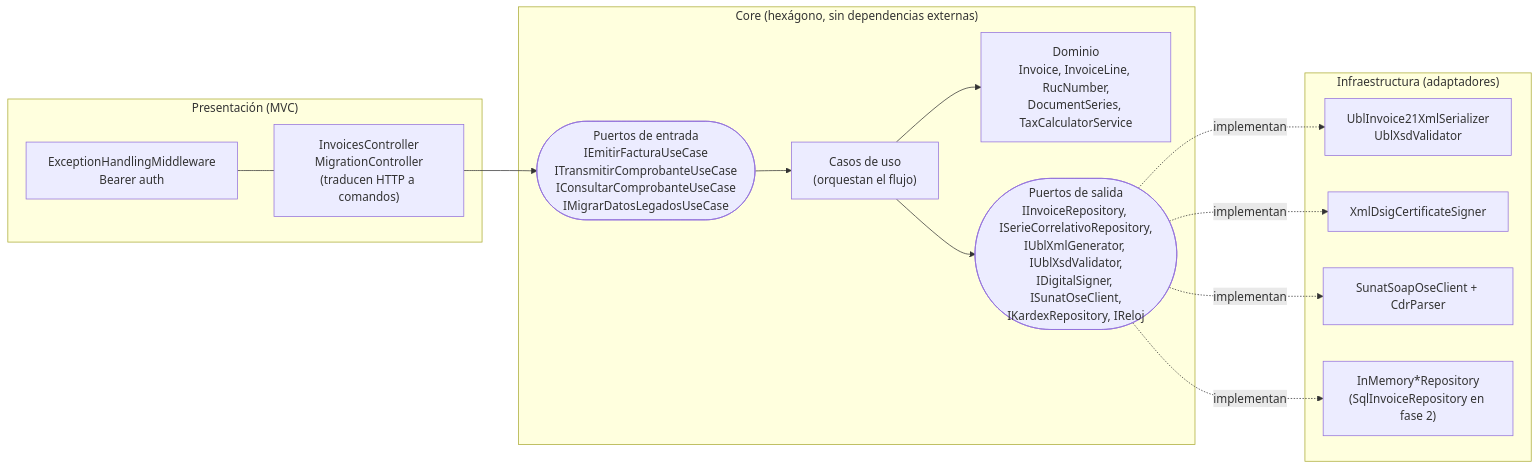
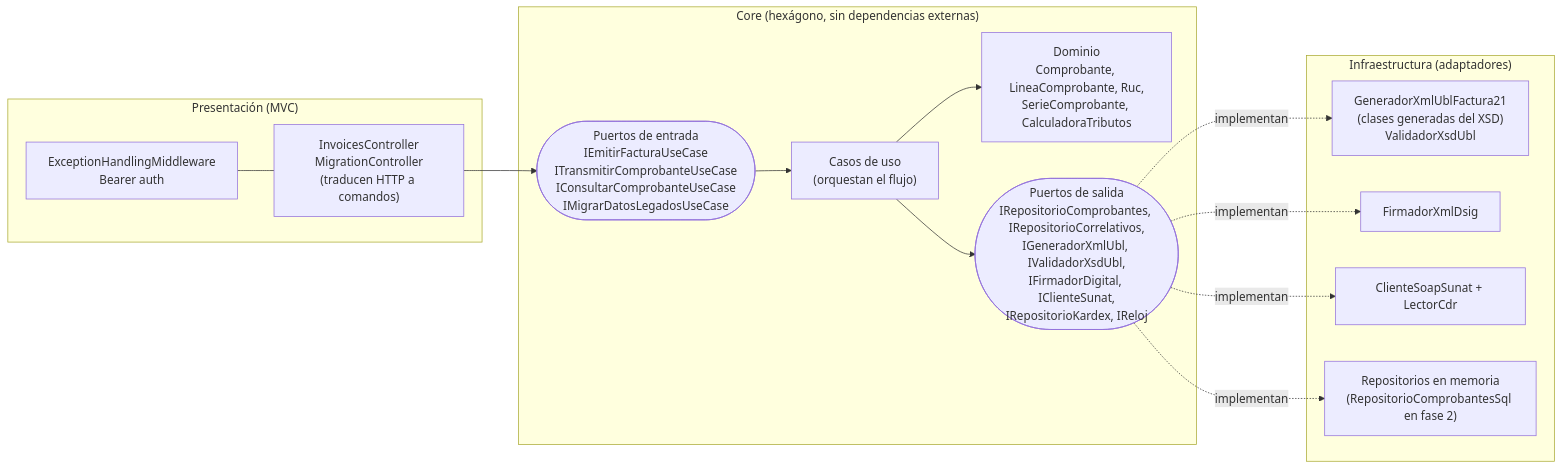
Before and after one commit to larzyor/medio_curso_arquitectura: the second of 3 diagrams in ESPECIFICACION_TECNICA_UBL_ABC.md, drawn with Mermaid. The commit also changed other lines of this file and 100 other files, not shown here.

````diff
--- a/ESPECIFICACION_TECNICA_UBL_ABC.md
+++ b/ESPECIFICACION_TECNICA_UBL_ABC.md
@@ -370,23 +382,23 @@
 ```mermaid
 flowchart LR
     subgraph PRES["Presentación (MVC)"]
         CTRL["InvoicesController<br/>MigrationController<br/>(traducen HTTP a comandos)"]
         MW["ExceptionHandlingMiddleware<br/>Bearer auth"]
     end
     subgraph CORE["Core (hexágono, sin dependencias externas)"]
         PIN(["Puertos de entrada<br/>IEmitirFacturaUseCase<br/>ITransmitirComprobanteUseCase<br/>IConsultarComprobanteUseCase<br/>IMigrarDatosLegadosUseCase"])
         UC["Casos de uso<br/>(orquestan el flujo)"]
-        DOM["Dominio<br/>Invoice, InvoiceLine, RucNumber,<br/>DocumentSeries, TaxCalculatorService"]
-        POUT(["Puertos de salida<br/>IInvoiceRepository, ISerieCorrelativoRepository,<br/>IUblXmlGenerator, IUblXsdValidator,<br/>IDigitalSigner, ISunatOseClient,<br/>IKardexRepository, IReloj"])
+        DOM["Dominio<br/>Comprobante, LineaComprobante, Ruc,<br/>SerieComprobante, CalculadoraTributos"]
+        POUT(["Puertos de salida<br/>IRepositorioComprobantes, IRepositorioCorrelativos,<br/>IGeneradorXmlUbl, IValidadorXsdUbl,<br/>IFirmadorDigital, IClienteSunat,<br/>IRepositorioKardex, IReloj"])
     end
     subgraph INFRA["Infraestructura (adaptadores)"]
-        A1["UblInvoice21XmlSerializer<br/>UblXsdValidator"]
-        A2["XmlDsigCertificateSigner"]
-        A3["SunatSoapOseClient + CdrParser"]
-        A4["InMemory*Repository<br/>(SqlInvoiceRepository en fase 2)"]
+        A1["GeneradorXmlUblFactura21<br/>(clases generadas del XSD)<br/>ValidadorXsdUbl"]
+        A2["FirmadorXmlDsig"]
+        A3["ClienteSoapSunat + LectorCdr"]
+        A4["Repositorios en memoria<br/>(RepositorioComprobantesSql en fase 2)"]
     end
     CTRL --> PIN --> UC --> DOM
     UC --> POUT
     POUT -.implementan.-> A1 & A2 & A3 & A4
     MW --- CTRL
 ```
````
